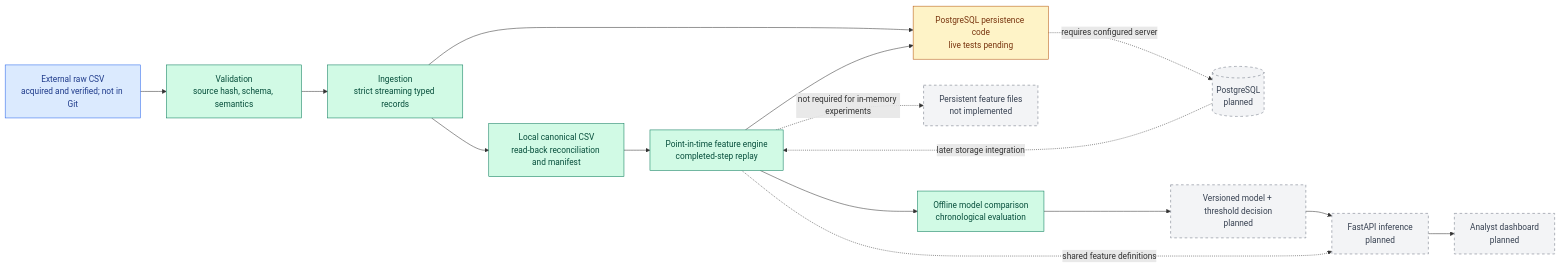
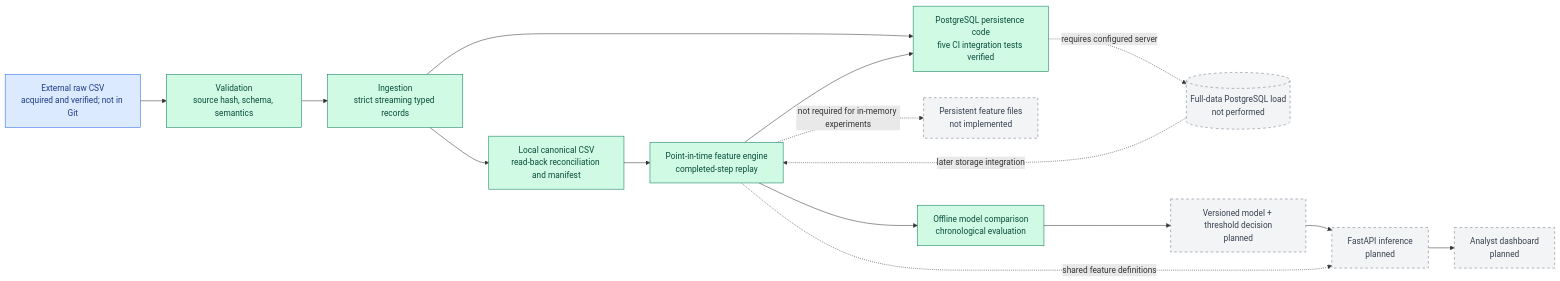
One commit to Riad905/TransactionShield changed the diagram in docs/architecture.md. Above: the diagram before and after it, drawn with Mermaid. The commit also changed other lines of this file and 5 other files, not shown here.

Commit message:
docs: record verified PostgreSQL CI and release limitations

````diff
--- a/docs/architecture.md
+++ b/docs/architecture.md
@@ -5,33 +5,31 @@
 ```mermaid
 flowchart LR
     A[External raw CSV<br/>acquired and verified; not in Git]
     B[Ingestion<br/>strict streaming typed records]
     V[Validation<br/>source hash, schema, semantics]
     L[Local canonical CSV<br/>read-back reconciliation and manifest]
-    C[(PostgreSQL<br/>planned)]
-    P[PostgreSQL persistence code<br/>live tests pending]
+    C[(Full-data PostgreSQL load<br/>not performed)]
+    P[PostgreSQL persistence code<br/>five CI integration tests verified]
     D[Point-in-time feature engine<br/>completed-step replay]
     M[Persistent feature files<br/>not implemented]
     E[Offline model comparison<br/>chronological evaluation]
     F[Versioned model + threshold decision<br/>planned]
     G[FastAPI inference<br/>planned]
     H[Analyst dashboard<br/>planned]
 
     A --> V --> B --> L
     L --> D --> E --> F --> G --> H
     D -. not required for in-memory experiments .-> M
     B --> P
     D --> P
     P -. requires configured server .-> C
     C -. later storage integration .-> D
     D -. shared feature definitions .-> G
 
     classDef implemented fill:#d1fae5,stroke:#047857,color:#064e3b;
     classDef future fill:#f3f4f6,stroke:#6b7280,color:#374151,stroke-dasharray: 5 5;
     classDef external fill:#dbeafe,stroke:#2563eb,color:#1e3a8a;
-    classDef pending fill:#fef3c7,stroke:#b45309,color:#78350f;
-    class B,V,L,D,E implemented;
+    class B,V,L,D,E,P implemented;
     class C,M,F,G,H future;
     class A external;
-    class P pending;
 ```
````
